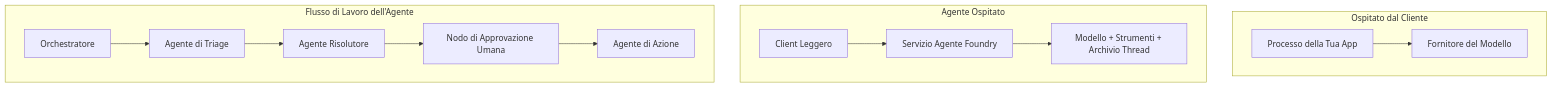
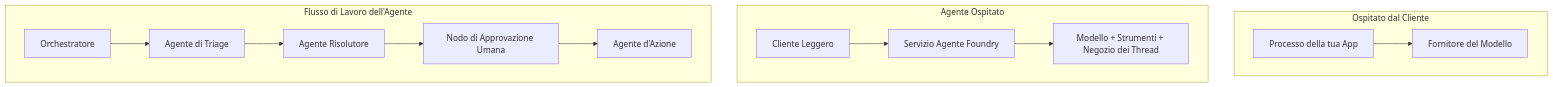
The first of 4 diagrams in mirrors/repos/microsoft@ai-agents-for-beginners/translations/it/16-deploying-scalable-agents/README.md (gabrielmoreira/agent-skills-mirror), drawn with Mermaid before and after one commit. The commit also changed other lines of this file and 3581 other files, not shown here.

````diff
--- a/mirrors/repos/microsoft@ai-agents-for-beginners/translations/it/16-deploying-scalable-agents/README.md
+++ b/mirrors/repos/microsoft@ai-agents-for-beginners/translations/it/16-deploying-scalable-agents/README.md
@@ -87,16 +87,16 @@
 ```mermaid
 flowchart TB
     subgraph P1[Ospitato dal Cliente]
-        A1[Processo della Tua App] --> M1[Fornitore del Modello]
+        A1[Processo della tua App] --> M1[Fornitore del Modello]
     end
     subgraph P2[Agente Ospitato]
-        A2[Client Leggero] --> F2[Servizio Agente Foundry]
-        F2 --> M2[Modello + Strumenti + Archivio Thread]
+        A2[Cliente Leggero] --> F2[Servizio Agente Foundry]
+        F2 --> M2[Modello + Strumenti + Negozio dei Thread]
     end
     subgraph P3[Flusso di Lavoro dell'Agente]
         A3[Orchestratore] --> S1[Agente di Triage]
         S1 --> S2[Agente Risolutore]
         S2 --> H[Nodo di Approvazione Umana]
-        H --> S3[Agente di Azione]
+        H --> S3[Agente d'Azione]
     end
 ```
````
